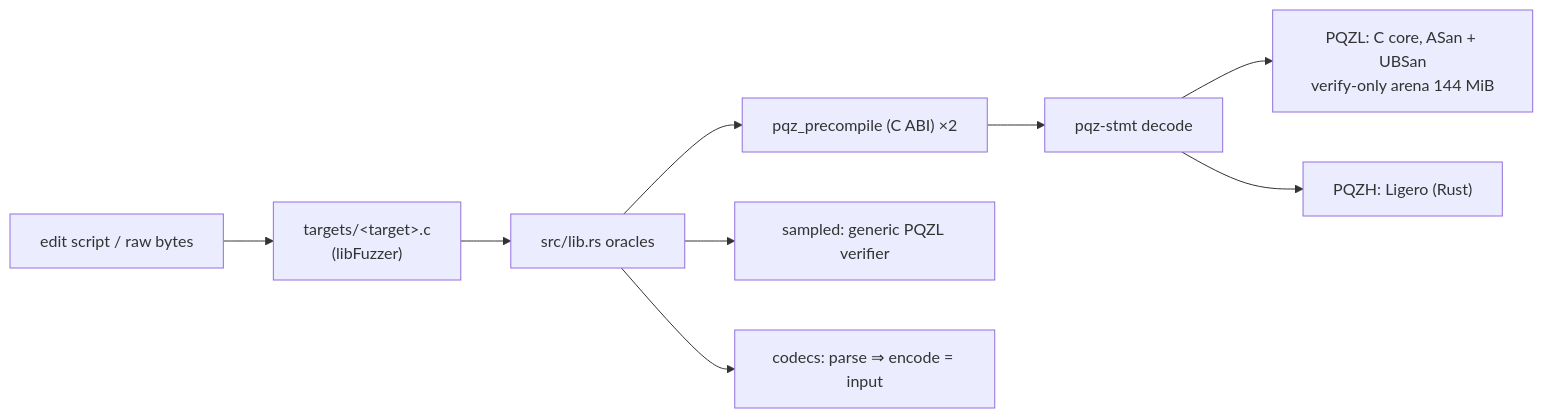
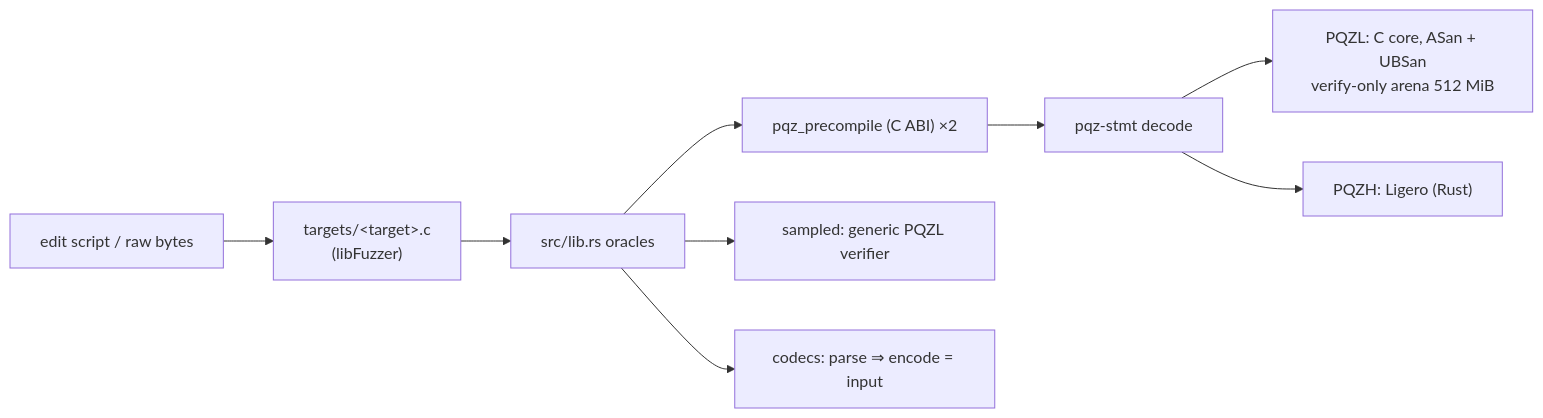
One commit to dinhduongha/scaas changed the diagram in pqz-core/fuzz/README.md. Above: the diagram before and after it, drawn with Mermaid. The commit also changed other lines of this file and 24 other files, not shown here.

````diff
--- a/pqz-core/fuzz/README.md
+++ b/pqz-core/fuzz/README.md
@@ -8,11 +8,11 @@
 ```mermaid
 flowchart LR
   S["edit script / raw bytes"] --> T["targets/&lt;target&gt;.c<br/>(libFuzzer)"]
   T --> O["src/lib.rs oracles"]
   O --> A["pqz_precompile (C ABI) ×2"]
   A --> D["pqz-stmt decode"]
-  D --> L["PQZL: C core, ASan + UBSan<br/>verify-only arena 144 MiB"]
+  D --> L["PQZL: C core, ASan + UBSan<br/>verify-only arena 512 MiB"]
   D --> H["PQZH: Ligero (Rust)"]
   O --> G["sampled: generic PQZL verifier"]
   O --> C["codecs: parse ⇒ encode = input"]
 ```
````
